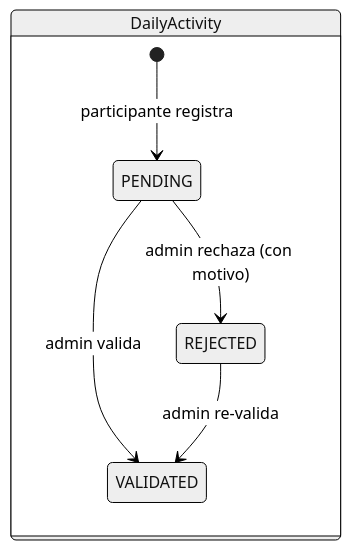
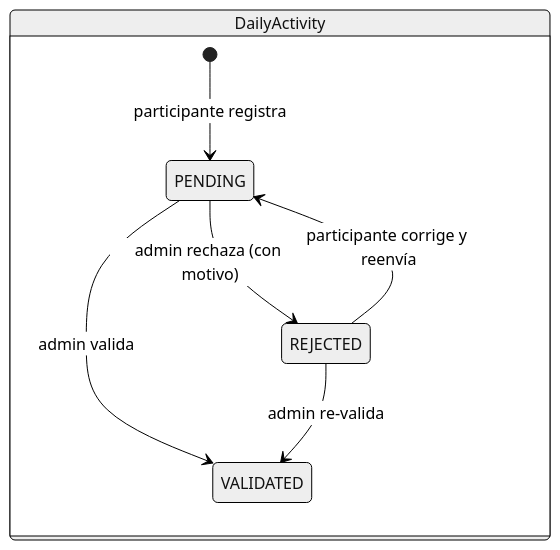
Before and after one commit to Professional-and-Personal-Branding/reto-constancia-mvp: the sixth of 12 diagrams in docs/architecture.md, drawn with Mermaid (neutral theme). The commit also changed other lines of this file and 15 other files, not shown here.

````diff
--- a/docs/architecture.md
+++ b/docs/architecture.md
@@ -166,10 +176,11 @@
 ```mermaid
 stateDiagram-v2
   direction LR
   state DailyActivity {
     [*] --> PENDING: participante registra
     PENDING --> VALIDATED: admin valida
     PENDING --> REJECTED: admin rechaza (con motivo)
     REJECTED --> VALIDATED: admin re-valida
+    REJECTED --> PENDING: participante corrige y reenvía
   }
 ```
````
